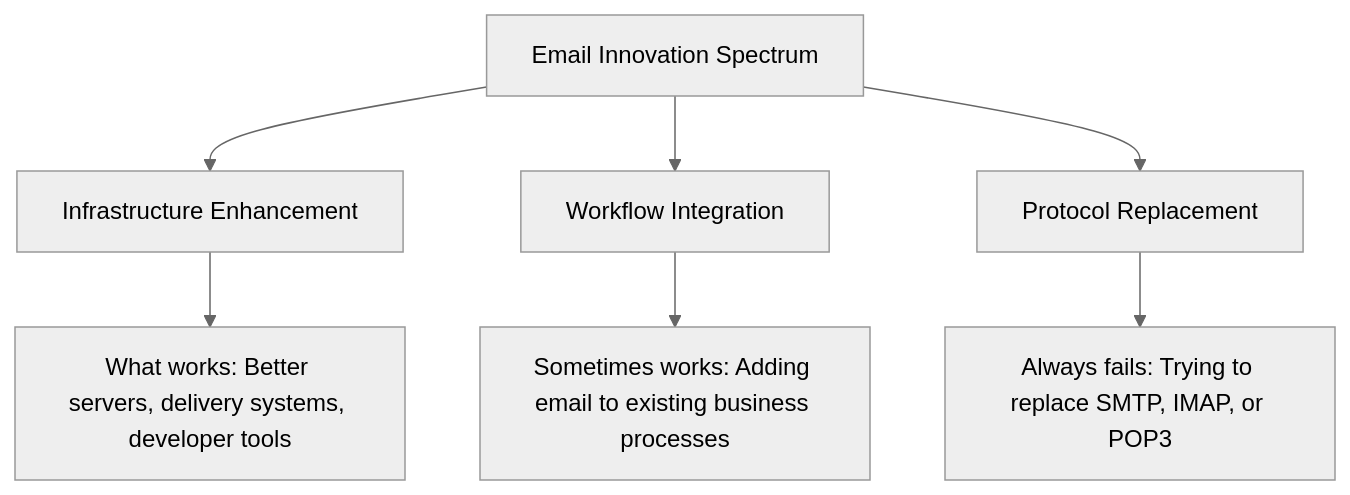
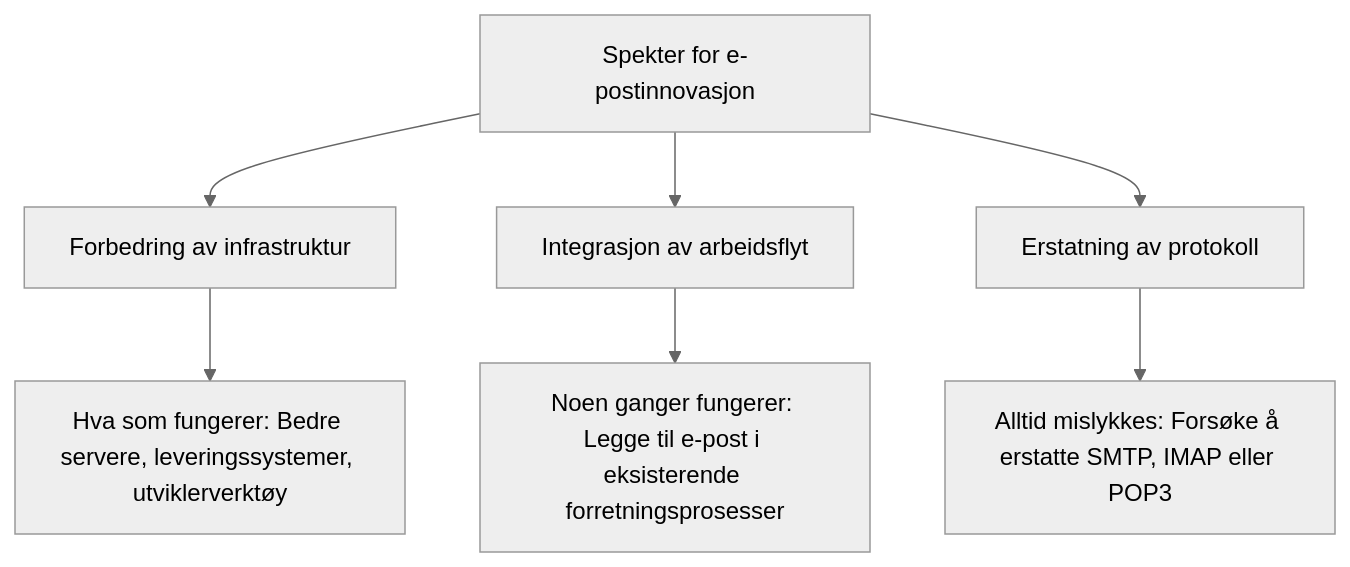
Before and after one commit to forwardemail/forwardemail.net: the seventh of 10 diagrams in app/views/docs/email-startup-graveyard-why-80-percent-email-companies-fail/index-no.md, drawn with Mermaid (neutral theme). The commit also changed other lines of this file and 1055 other files, not shown here.

````diff
--- a/app/views/docs/email-startup-graveyard-why-80-percent-email-companies-fail/index-no.md
+++ b/app/views/docs/email-startup-graveyard-why-80-percent-email-companies-fail/index-no.md
@@ -558,10 +562,10 @@
 ```mermaid
 graph TD
-    A[Email Innovation Spectrum] --> B[Infrastructure Enhancement]
-    A --> C[Workflow Integration]
-    A --> D[Protocol Replacement]
+    A[Spekter for e-postinnovasjon] --> B[Forbedring av infrastruktur]
+    A --> C[Integrasjon av arbeidsflyt]
+    A --> D[Erstatning av protokoll]
 
-    B --> E[What works: Better servers, delivery systems, developer tools]
-    C --> F[Sometimes works: Adding email to existing business processes]
-    D --> G[Always fails: Trying to replace SMTP, IMAP, or POP3]
+    B --> E[Hva som fungerer: Bedre servere, leveringssystemer, utviklerverktøy]
+    C --> F[Noen ganger fungerer: Legge til e-post i eksisterende forretningsprosesser]
+    D --> G[Alltid mislykkes: Forsøke å erstatte SMTP, IMAP eller POP3]
 ```
````
